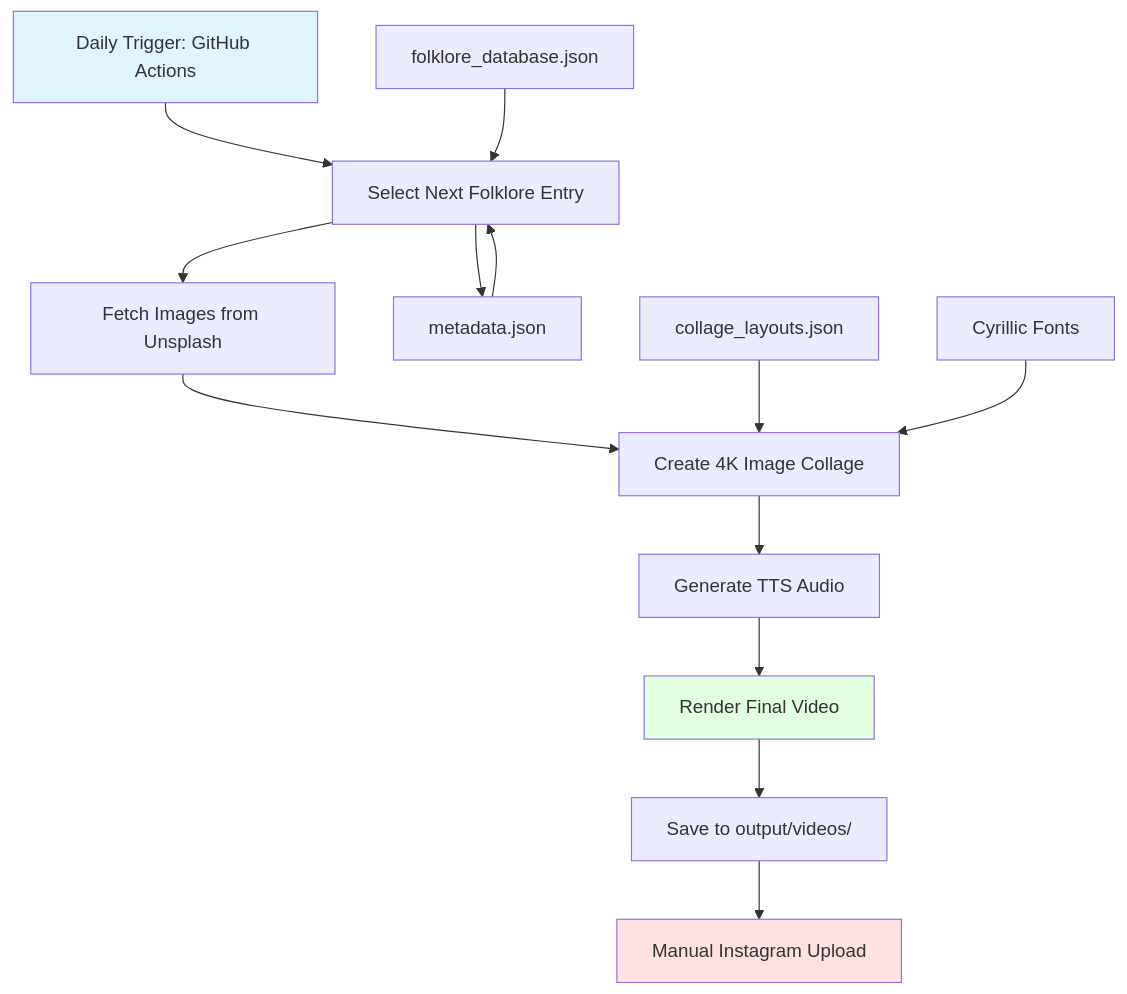
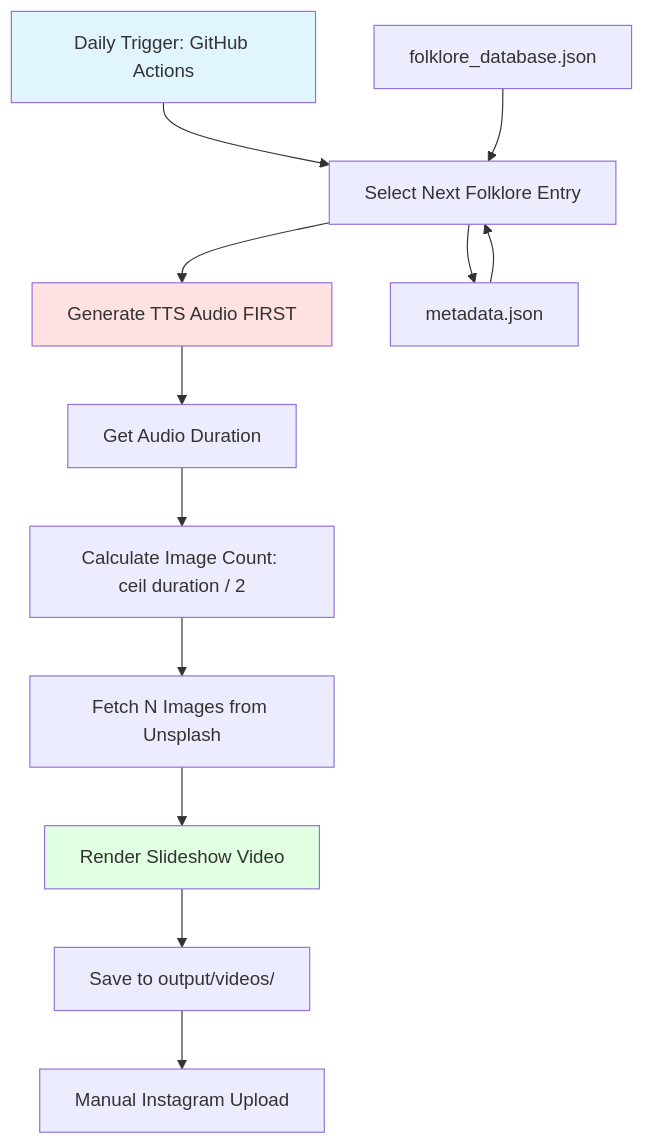
One commit to Strilya/folklorovich changed the first of 2 diagrams in README.md. Above: the diagram before and after it, drawn with Mermaid. The commit also changed other lines of this file and 8 other files, not shown here.

````diff
--- a/README.md
+++ b/README.md
@@ -27,21 +33,19 @@
 ```mermaid
 graph TD
     A[Daily Trigger: GitHub Actions] --> B[Select Next Folklore Entry]
-    B --> C[Fetch Images from Unsplash]
-    C --> D[Create 4K Image Collage]
-    D --> E[Generate TTS Audio]
-    E --> F[Render Final Video]
-    F --> G[Save to output/videos/]
-    G --> H[Manual Instagram Upload]
+    B --> C[Generate TTS Audio FIRST]
+    C --> D[Get Audio Duration]
+    D --> E[Calculate Image Count: ceil duration / 2]
+    E --> F[Fetch N Images from Unsplash]
+    F --> G[Render Slideshow Video]
+    G --> H[Save to output/videos/]
+    H --> I[Manual Instagram Upload]
 
-    I[folklore_database.json] --> B
-    J[metadata.json] --> B
-    B --> J
-
-    K[collage_layouts.json] --> D
-    L[Cyrillic Fonts] --> D
+    J[folklore_database.json] --> B
+    K[metadata.json] --> B
+    B --> K
 
     style A fill:#e1f5ff
-    style H fill:#ffe1e1
-    style F fill:#e1ffe1
+    style C fill:#ffe1e1
+    style G fill:#e1ffe1
 ```
````
